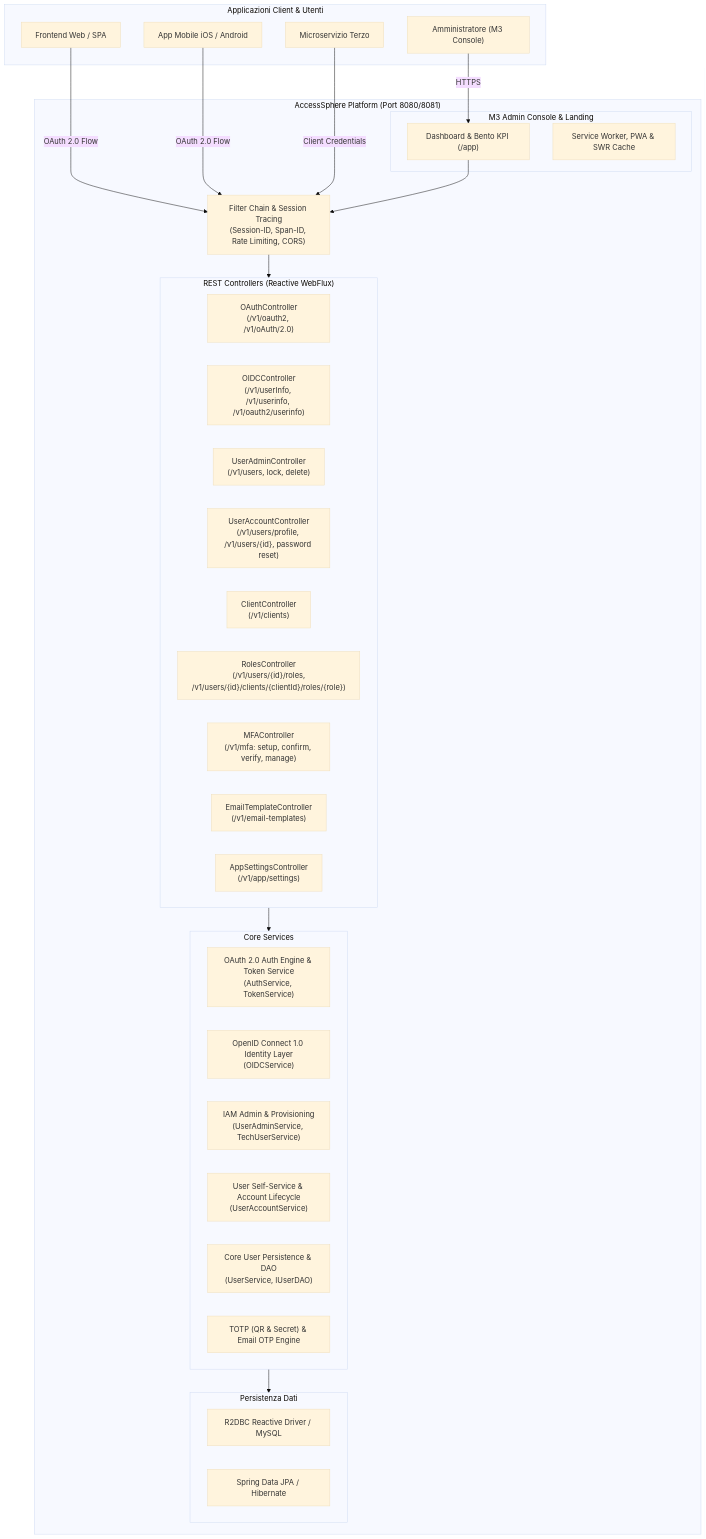
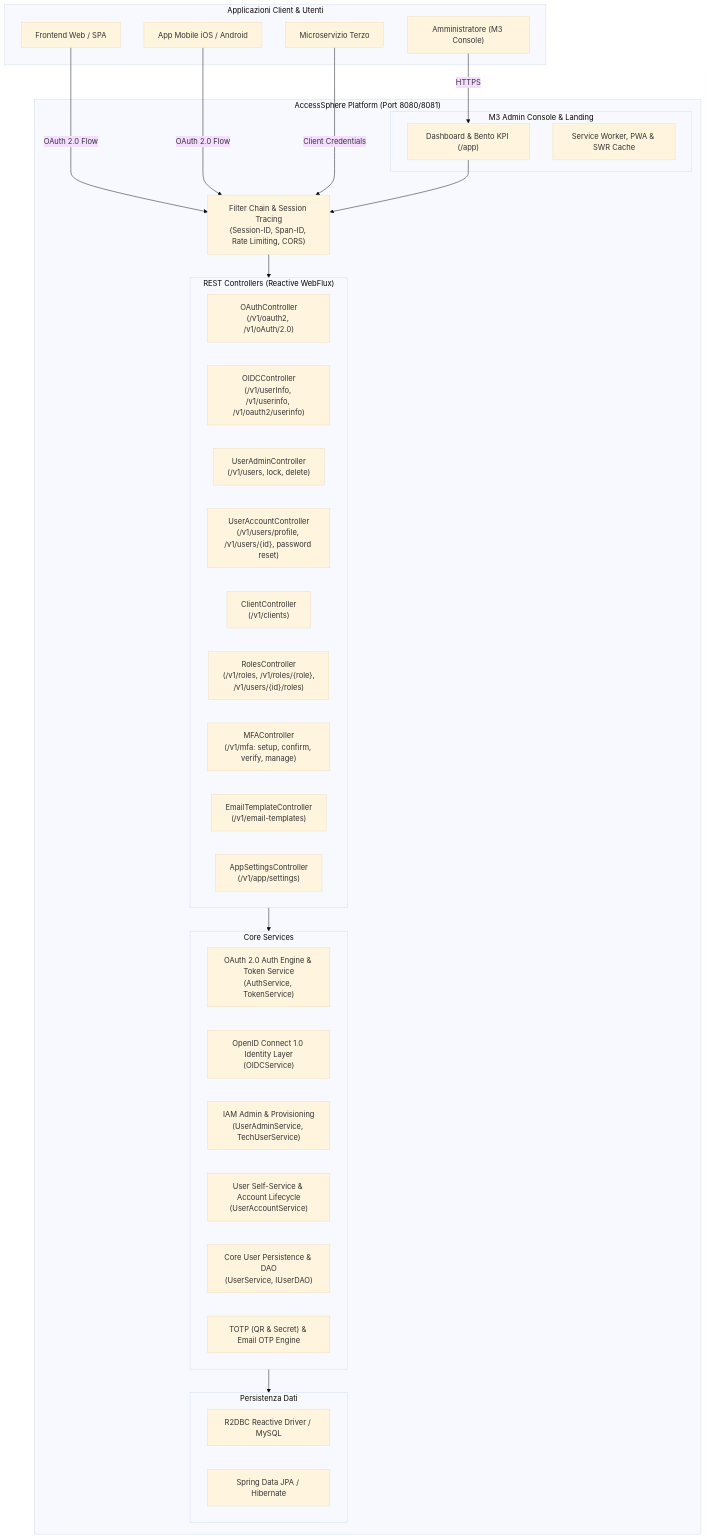
The diagram in README.md (giovannilamarmoraproject/Access-Sphere), drawn with Mermaid (base theme) before and after one commit. The commit also changed other lines of this file and 29 other files, not shown here.

First line of the commit message:
feat(roles): 🛡️ centralized role catalog and M3 management console

````diff
--- a/README.md
+++ b/README.md
@@ -82,54 +84,54 @@
 ```mermaid
 flowchart TD
     subgraph Clients["Applicazioni Client & Utenti"]
         SPA["Frontend Web / SPA"]
         MobileApp["App Mobile iOS / Android"]
         Microservice["Microservizio Terzo"]
         AdminUser["Amministratore (M3 Console)"]
     end
 
     subgraph AccessSphere["AccessSphere Platform (Port 8080/8081)"]
         Gateway["Filter Chain & Session Tracing\n(Session-ID, Span-ID, Rate Limiting, CORS)"]
         
         subgraph Endpoints["REST Controllers (Reactive WebFlux)"]
             OAuthCtrl["OAuthController\n(/v1/oauth2, /v1/oAuth/2.0)"]
             OIDCCtrl["OIDCController\n(/v1/userInfo, /v1/userinfo, /v1/oauth2/userinfo)"]
             UserAdminCtrl["UserAdminController\n(/v1/users, lock, delete)"]
             UserAccountCtrl["UserAccountController\n(/v1/users/profile, /v1/users/{id}, password reset)"]
             ClientCtrl["ClientController\n(/v1/clients)"]
-            RolesCtrl["RolesController\n(/v1/users/{id}/roles,\n/v1/users/{id}/clients/{clientId}/roles/{role})"]
+            RolesCtrl["RolesController\n(/v1/roles, /v1/roles/{role},\n/v1/users/{id}/roles)"]
             MFACtrl["MFAController\n(/v1/mfa: setup, confirm, verify, manage)"]
             EmailTemplateCtrl["EmailTemplateController\n(/v1/email-templates)"]
             AppSettingsCtrl["AppSettingsController\n(/v1/app/settings)"]
         end
 
         subgraph Core["Core Services"]
             AuthEngine["OAuth 2.0 Auth Engine & Token Service\n(AuthService, TokenService)"]
             OIDCEngine["OpenID Connect 1.0 Identity Layer\n(OIDCService)"]
             IAMAdmin["IAM Admin & Provisioning\n(UserAdminService, TechUserService)"]
             IAMAccount["User Self-Service & Account Lifecycle\n(UserAccountService)"]
             UserPersistence["Core User Persistence & DAO\n(UserService, IUserDAO)"]
             MFAService["TOTP (QR & Secret) & Email OTP Engine"]
         end
 
         subgraph Storage["Persistenza Dati"]
             R2DBC["R2DBC Reactive Driver / MySQL"]
             JPA["Spring Data JPA / Hibernate"]
         end
 
         subgraph Frontend["M3 Admin Console & Landing"]
             M3Dashboard["Dashboard & Bento KPI (/app)"]
             PWA["Service Worker, PWA & SWR Cache"]
         end
     end
 
     SPA -->|OAuth 2.0 Flow| Gateway
     MobileApp -->|OAuth 2.0 Flow| Gateway
     Microservice -->|Client Credentials| Gateway
     AdminUser -->|HTTPS| M3Dashboard
 
     M3Dashboard --> Gateway
     Gateway --> Endpoints
     Endpoints --> Core
     Core --> Storage
 ```
````
